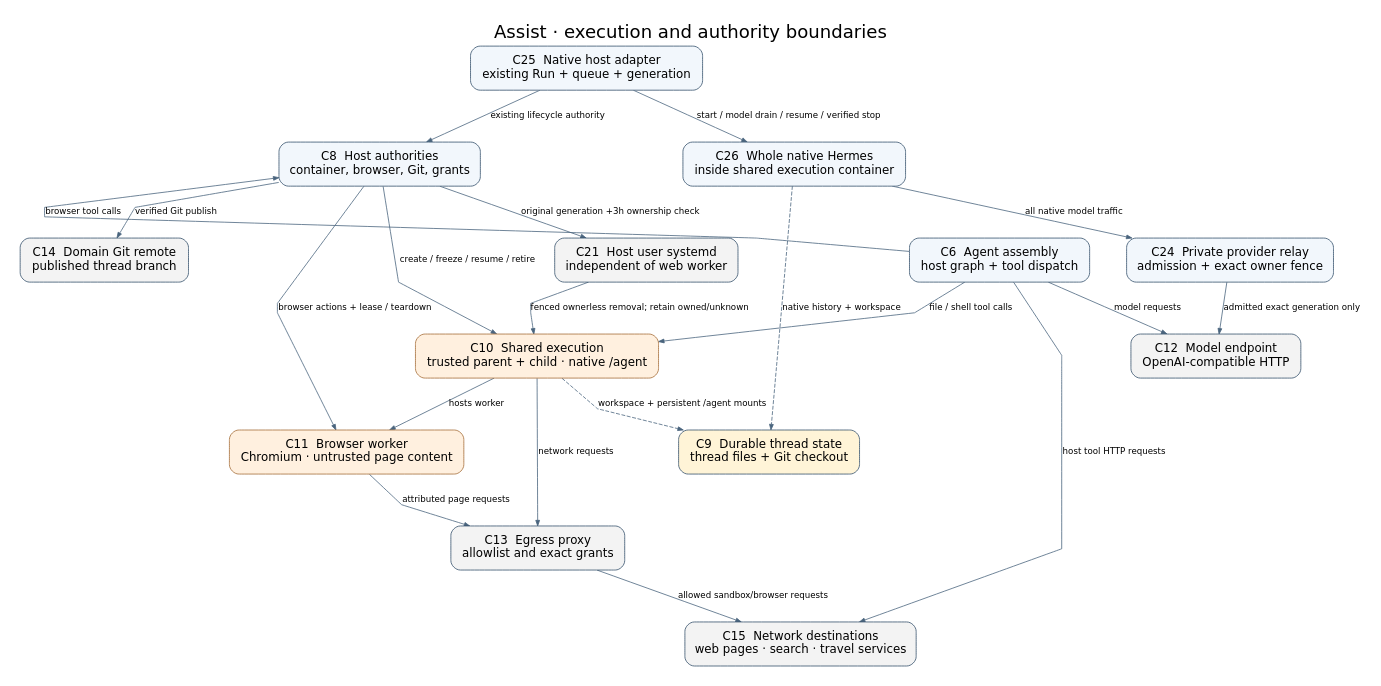
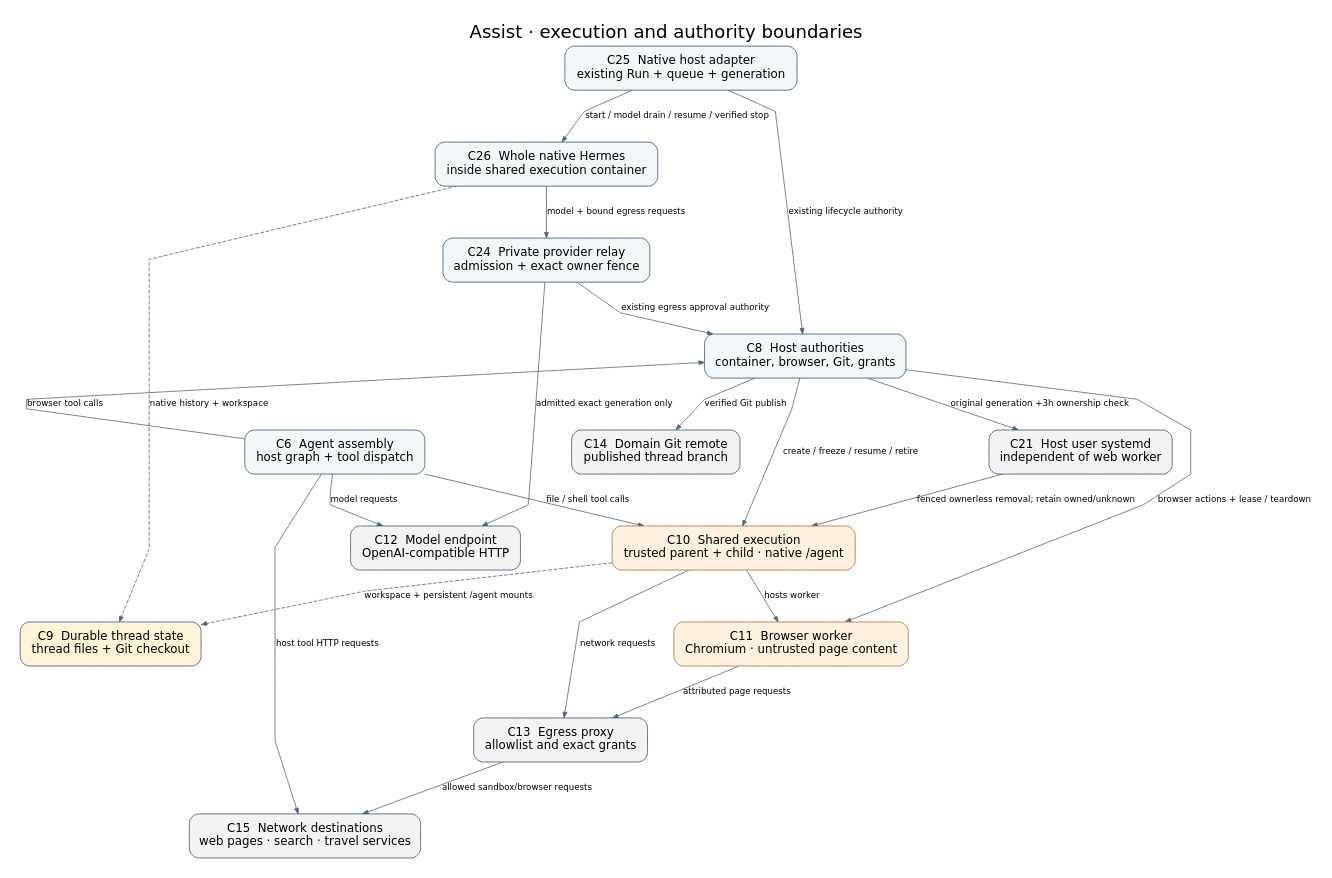
The diagram in docs/architecture-boundaries.dot (pierrel/assist), drawn with Graphviz before and after one commit. The commit also changed 15 other files, not shown here.

Commit message:
Add native Hermes tools for existing egress approvals

```diff
--- a/docs/architecture-boundaries.dot
+++ b/docs/architecture-boundaries.dot
@@ -1,52 +1,53 @@
 digraph Boundaries {
   graph [label="Assist · execution and authority boundaries", labelloc=t,
          fontname="DejaVu Sans", fontsize=23, bgcolor="white",
          rankdir=TB, pad=0.25, nodesep=0.65, ranksep=0.75,
          splines=polyline, outputorder=edgesfirst];
   node [shape=box, style="rounded,filled", color="#34506a",
         fillcolor="#f2f7fc", fontname="DejaVu Sans", fontsize=15,
         margin="0.20,0.15"];
   edge [fontname="DejaVu Sans", fontsize=11, color="#49647d",
         arrowsize=0.7];
 
   C6 [label="C6  Agent assembly\nhost graph + tool dispatch"];
   C8 [label="C8  Host authorities\ncontainer, browser, Git, grants"];
   C9 [label="C9  Durable thread state\nthread files + Git checkout",
       fillcolor="#fff4d7"];
   C10 [label="C10  Shared execution\ntrusted parent + child · native /agent",
        fillcolor="#fff0df", color="#a46b36"];
   C11 [label="C11  Browser worker\nChromium · untrusted page content",
        fillcolor="#fff0df", color="#a46b36"];
   C12 [label="C12  Model endpoint\nOpenAI-compatible HTTP",
        fillcolor="#f3f3f3"];
   C13 [label="C13  Egress proxy\nallowlist and exact grants",
        fillcolor="#f3f3f3"];
   C14 [label="C14  Domain Git remote\npublished thread branch",
        fillcolor="#f3f3f3"];
   C15 [label="C15  Network destinations\nweb pages · search · travel services",
        fillcolor="#f3f3f3"];
   C25 [label="C25  Native host adapter\nexisting Run + queue + generation"];
   C24 [label="C24  Private provider relay\nadmission + exact owner fence"];
   C26 [label="C26  Whole native Hermes\ninside shared execution container"];
   C21 [label="C21  Host user systemd\nindependent of web worker", fillcolor="#f3f3f3"];
 
   C25 -> C8 [label="existing lifecycle authority"];
   C25 -> C26 [label="start / model drain / resume / verified stop"];
-  C26 -> C24 [label="all native model traffic"];
+  C26 -> C24 [label="model + bound egress requests"];
+  C24 -> C8 [label="existing egress approval authority"];
   C24 -> C12 [label="admitted exact generation only"];
   C26 -> C9 [label="native history + workspace", style=dashed];
   C6 -> C10 [label="file / shell tool calls"];
   C6 -> C8 [label="browser tool calls", constraint=false];
   C6 -> C12 [label="model requests"];
   C6 -> C15 [label="host tool HTTP requests"];
   C8 -> C10 [label="create / freeze / resume / retire"];
   C8 -> C21 [label="original generation +3h ownership check"];
   C21 -> C10 [label="fenced ownerless removal; retain owned/unknown"];
   C8 -> C11 [label="browser actions + lease / teardown"];
   C8 -> C14 [label="verified Git publish"];
   C10 -> C11 [label="hosts worker"];
   C10 -> C13 [label="network requests"];
   C11 -> C13 [label="attributed page requests"];
   C13 -> C15 [label="allowed sandbox/browser requests"];
   C10 -> C9 [label="workspace + persistent /agent mounts", style=dashed];
 }
```
